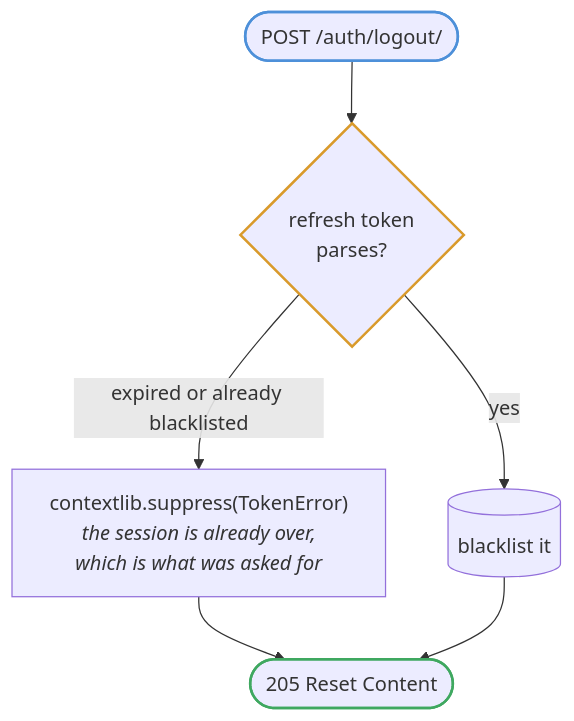
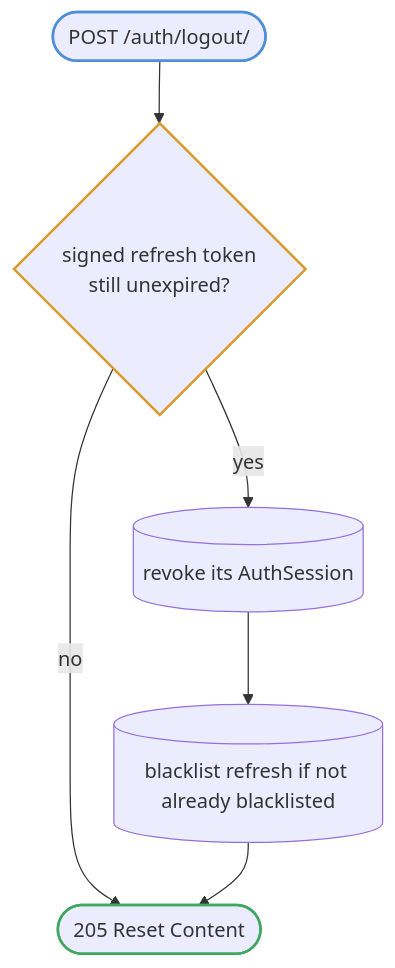
Before and after one commit to TGCTZ/TGC-SERVICE-BACKEND: the seventh of 8 diagrams in docs/diagrams/authentication.md, drawn with Mermaid. The commit also changed other lines of this file and 13 other files, not shown here.

````diff
--- a/docs/diagrams/authentication.md
+++ b/docs/diagrams/authentication.md
@@ -151,12 +151,12 @@
 ```mermaid
 flowchart TD
-    REQ(["POST /auth/logout/"]) --> VALID{"refresh token<br/>parses?"}
-    VALID -->|"expired or already blacklisted"| SUPPRESS["contextlib.suppress(TokenError)<br/><i>the session is already over,<br/>which is what was asked for</i>"]
-    VALID -->|yes| BL[("blacklist it")]
-    SUPPRESS --> OK(["205 Reset Content"])
+    REQ(["POST /auth/logout/"]) --> VALID{"signed refresh token<br/>still unexpired?"}
+    VALID -->|yes| REVOKE[("revoke its AuthSession")]
+    VALID -->|no| OK(["205 Reset Content"])
+    REVOKE --> BL[("blacklist refresh if not already blacklisted")]
     BL --> OK
 
     style REQ stroke:#4d90d9,stroke-width:2px
     style VALID stroke:#d99a2b,stroke-width:2px
     style OK stroke:#3fa860,stroke-width:2px
 ```
````
